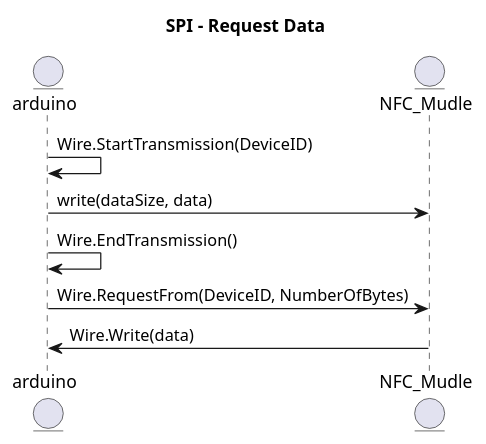
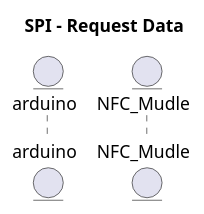
The diagram in Designs/Arduino nano/Sequence Diagrams Writer.wsd (T3-FindIt/FindIt), drawn with PlantUML before and after one commit. The commit also changed other lines of this file and 2 other files, not shown here.

Commit message:
updat Reader_Schematic

```diff
--- a/Designs/Arduino nano/Sequence Diagrams Writer.wsd
+++ b/Designs/Arduino nano/Sequence Diagrams Writer.wsd
@@ -1,13 +1,6 @@
 @startuml RequestData
 Title SPI - Request Data
 Entity arduino
 Entity NFC_Mudle
 
-arduino -> arduino : Wire.StartTransmission(DeviceID)
-arduino -> NFC_Mudle : write(dataSize, data)
-arduino -> arduino : Wire.EndTransmission()
-arduino -> NFC_Mudle : Wire.RequestFrom(DeviceID, NumberOfBytes)
-NFC_Mudle -> arduino : Wire.Write(data)
-
-
 @enduml
```
